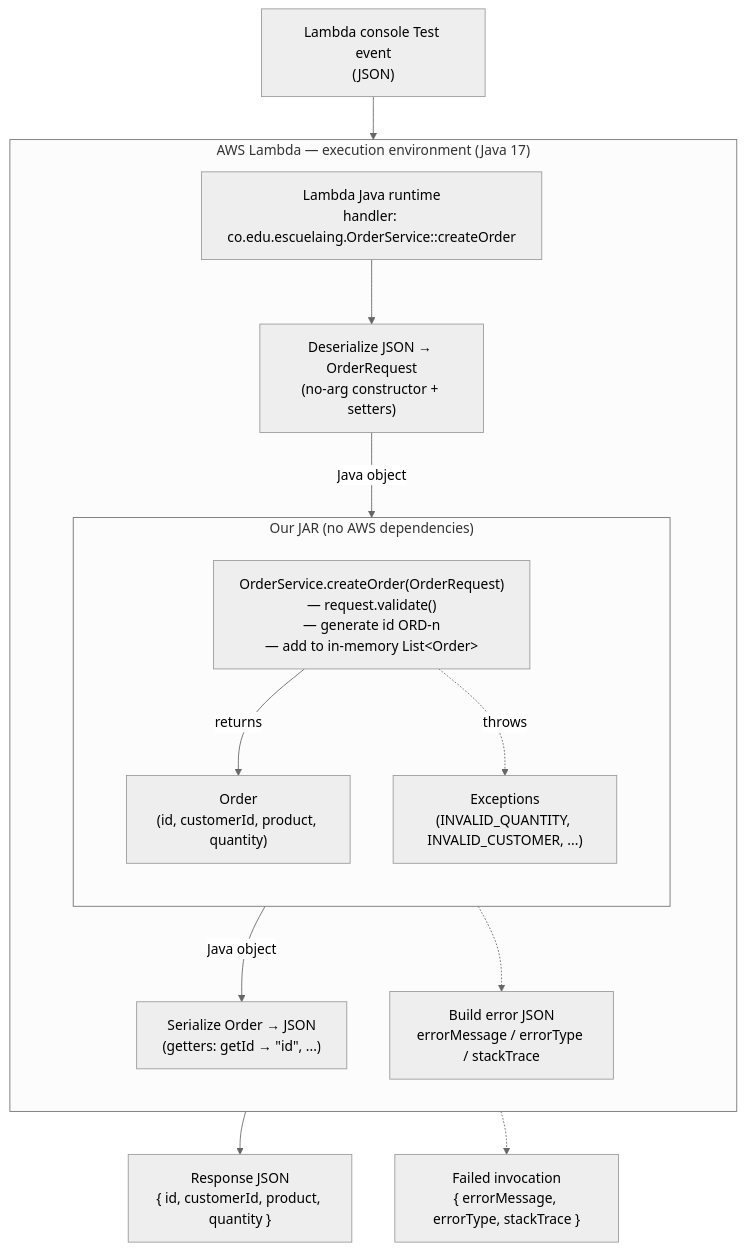
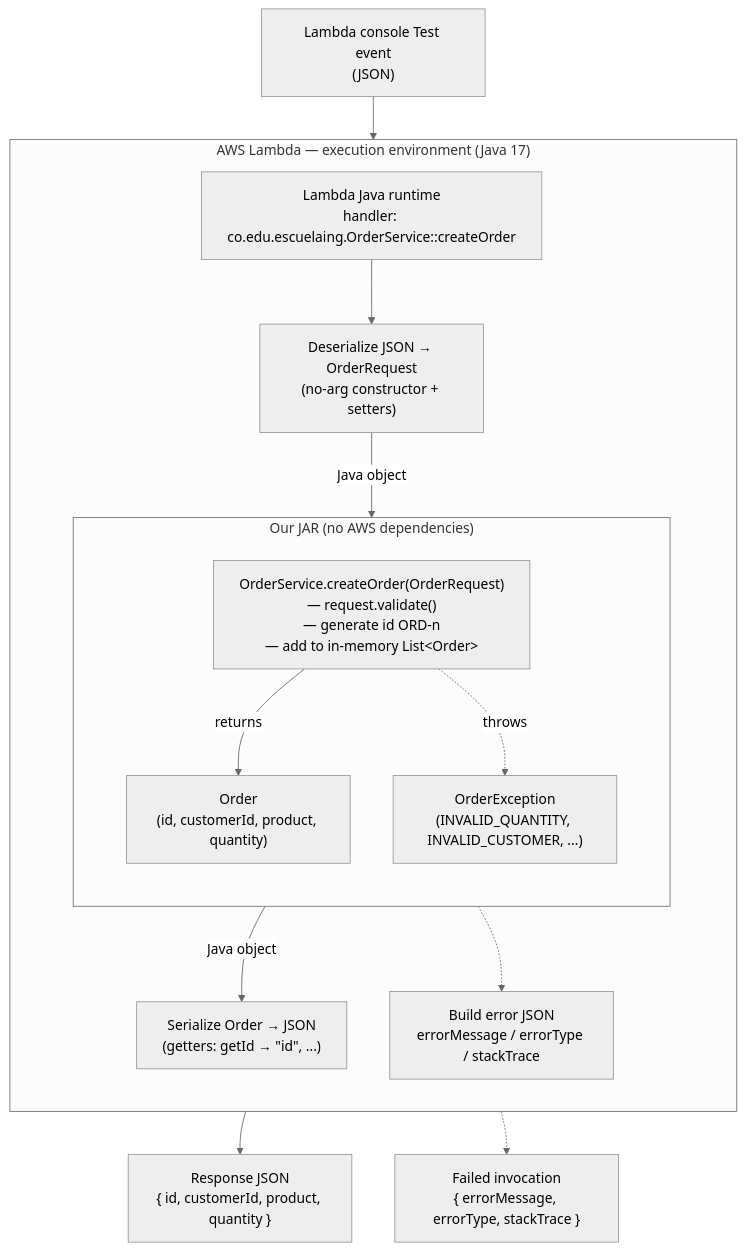
One commit to daniel-pm19/serverless-rest-api-with-aws-lambda-and-api-gateway changed the first of 4 diagrams in README.md. Above: the diagram before and after it, drawn with Mermaid (neutral theme). The commit also changed other lines of this file and 5 other files, not shown here.

````diff
--- a/README.md
+++ b/README.md
@@ -520,23 +522,23 @@
 ```mermaid
 flowchart TD
     Client["Lambda console Test event<br/>(JSON)"]
     subgraph Lambda["AWS Lambda — execution environment (Java 17)"]
         direction TB
         Runtime["Lambda Java runtime<br/>handler: co.edu.escuelaing.OrderService::createOrder"]
         Deser["Deserialize JSON → OrderRequest<br/>(no-arg constructor + setters)"]
         subgraph JAR["Our JAR (no AWS dependencies)"]
             direction TB
             Service["OrderService.createOrder(OrderRequest)<br/>— request.validate()<br/>— generate id ORD-n<br/>— add to in-memory List&lt;Order&gt;"]
             Order["Order<br/>(id, customerId, product, quantity)"]
-            Ex["Exceptions<br/>(INVALID_QUANTITY, INVALID_CUSTOMER, ...)"]
+            Ex["OrderException<br/>(INVALID_QUANTITY, INVALID_CUSTOMER, ...)"]
         end
         Ser["Serialize Order → JSON<br/>(getters: getId → &quot;id&quot;, ...)"]
         Err["Build error JSON<br/>errorMessage / errorType / stackTrace"]
     end
     Result["Response JSON<br/>{ id, customerId, product, quantity }"]
     ErrResult["Failed invocation<br/>{ errorMessage, errorType, stackTrace }"]
 
     Client --> Runtime --> Deser -->|"Java object"| Service
     Service -->|"returns"| Order -->|"Java object"| Ser --> Result
     Service -.->|"throws"| Ex -.-> Err -.-> ErrResult
 ```
````
